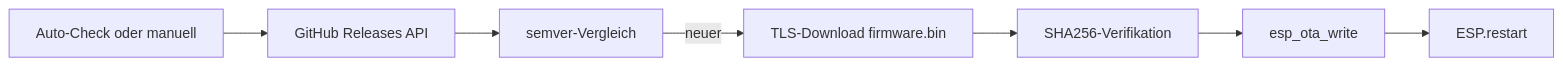
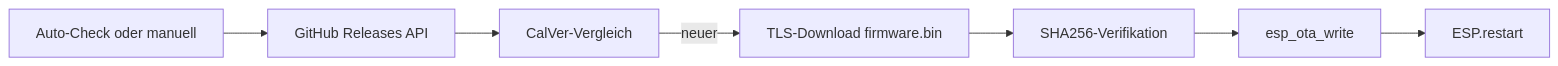
The diagram in docs/OTA.md (EyJunge1/chaya2mqtt), drawn with Mermaid before and after one commit. The commit also changed other lines of this file and 7 other files, not shown here.

First line of the commit message:
Enhance build process and update documentation for CalVer integration

````diff
--- a/docs/OTA.md
+++ b/docs/OTA.md
@@ -7,17 +7,17 @@
 ```mermaid
 flowchart LR
     trigger[Auto-Check oder manuell]
     github[GitHub Releases API]
-    semver[semver-Vergleich]
+    calver[CalVer-Vergleich]
     download[TLS-Download firmware.bin]
     sha256[SHA256-Verifikation]
     flash[esp_ota_write]
     reboot[ESP.restart]
 
     trigger --> github
-    github --> semver
-    semver -->|neuer| download
+    github --> calver
+    calver -->|neuer| download
     download --> sha256
     sha256 --> flash
     flash --> reboot
 ```
````
